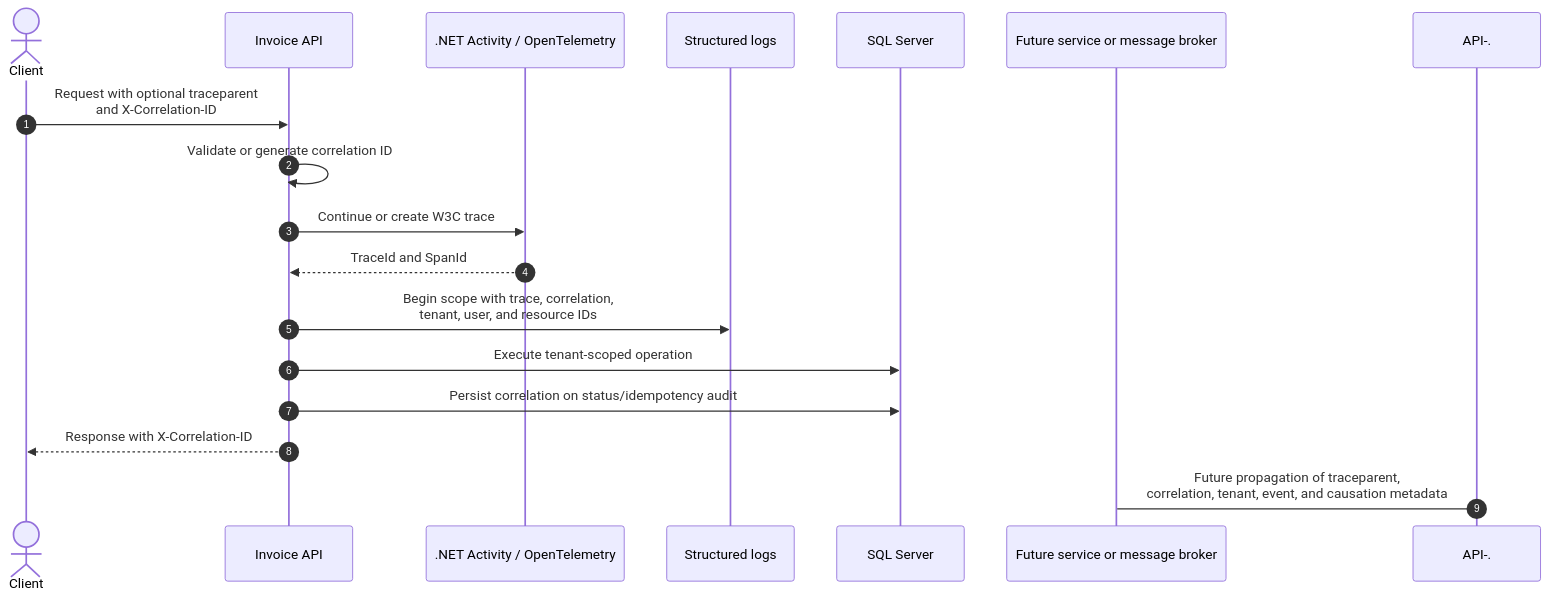
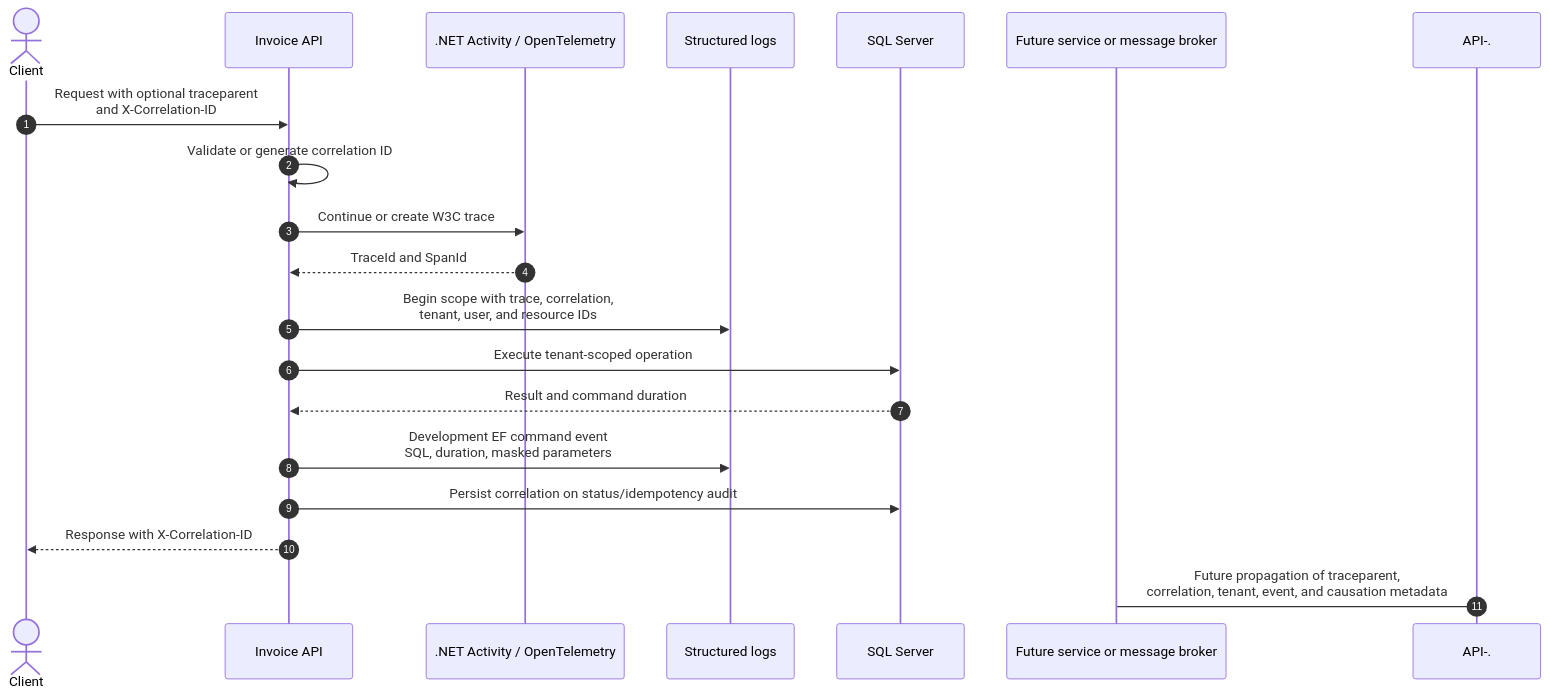
Before and after one commit to dhruvsheth37/invoice-management: the diagram in docs/diagrams/correlation-propagation.md, drawn with Mermaid. The commit also changed 39 other files, not shown here.

````diff
--- a/docs/diagrams/correlation-propagation.md
+++ b/docs/diagrams/correlation-propagation.md
@@ -3,20 +3,22 @@
 ```mermaid
 sequenceDiagram
     autonumber
     actor Client
     participant API as Invoice API
     participant Activity as .NET Activity / OpenTelemetry
     participant Logs as Structured logs
     participant DB as SQL Server
     participant Future as Future service or message broker
 
     Client->>API: Request with optional traceparent<br/>and X-Correlation-ID
     API->>API: Validate or generate correlation ID
     API->>Activity: Continue or create W3C trace
     Activity-->>API: TraceId and SpanId
     API->>Logs: Begin scope with trace, correlation,<br/>tenant, user, and resource IDs
     API->>DB: Execute tenant-scoped operation
+    DB-->>API: Result and command duration
+    API->>Logs: Development EF command event<br/>SQL, duration, masked parameters
     API->>DB: Persist correlation on status/idempotency audit
     API-->>Client: Response with X-Correlation-ID
     API-.->Future: Future propagation of traceparent,<br/>correlation, tenant, event, and causation metadata
 ```
````
